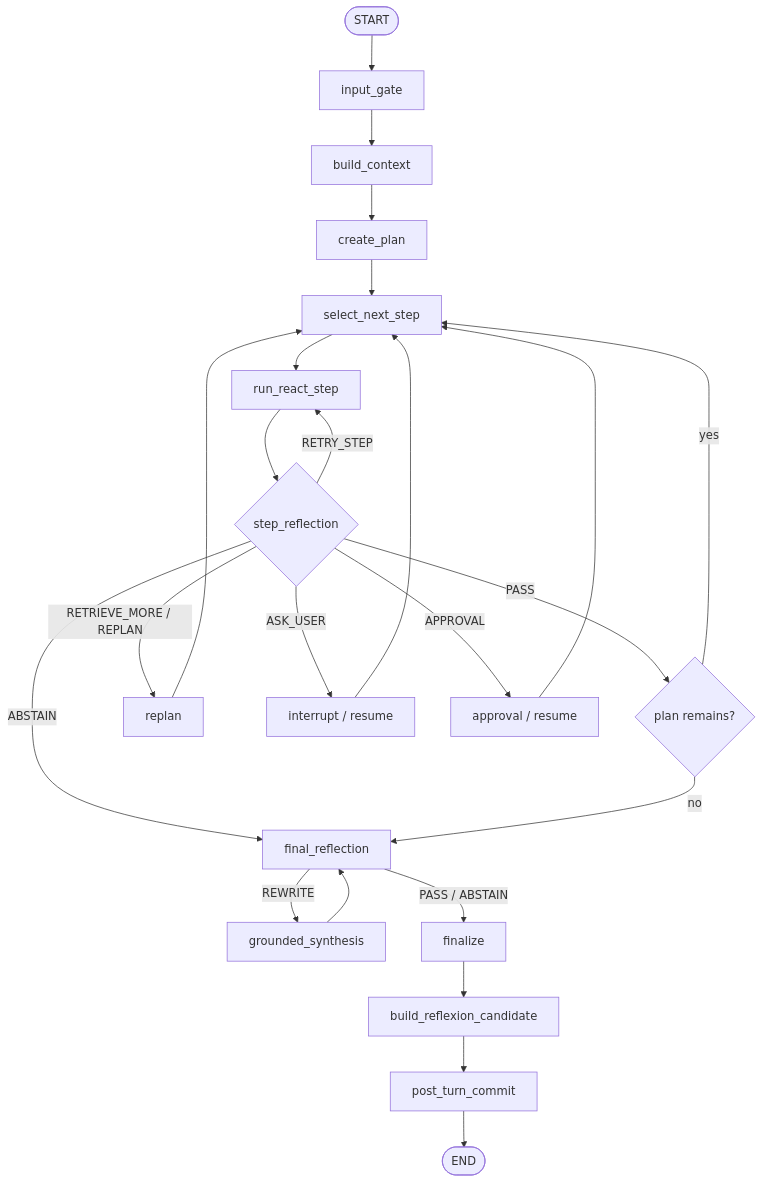
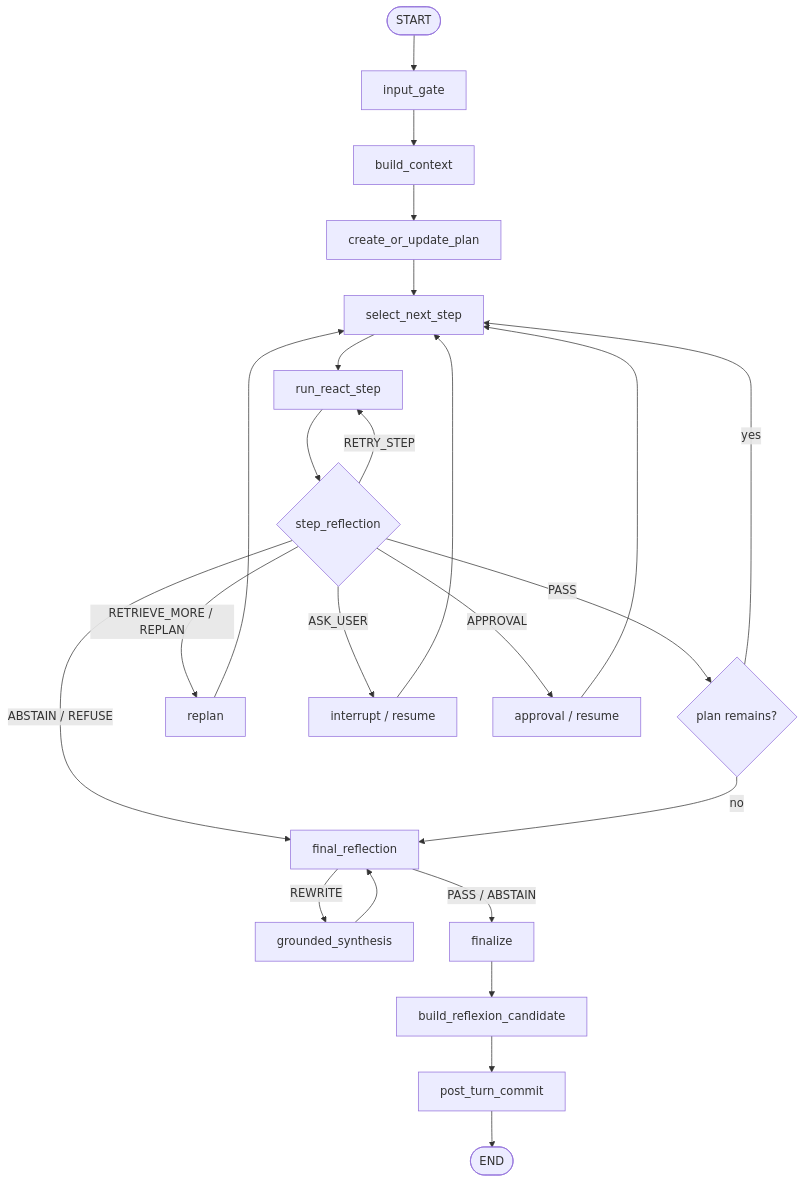
Before and after one commit to ProfessorZhi/Zuno: the second of 4 diagrams in docs/architecture/architecture.md, drawn with Mermaid. The commit also changed other lines of this file, not shown here.

Commit message:
Expand architecture into implementation-level program specification

````diff
--- a/docs/architecture/architecture.md
+++ b/docs/architecture/architecture.md
@@ -203,29 +402,29 @@
 ```mermaid
 flowchart TB
     Start([START]) --> Input[input_gate]
     Input --> Context[build_context]
-    Context --> Plan[create_plan]
+    Context --> Plan[create_or_update_plan]
     Plan --> Select[select_next_step]
     Select --> React[run_react_step]
     React --> Reflect{step_reflection}
 
     Reflect -->|PASS| More{plan remains?}
     Reflect -->|RETRY_STEP| React
     Reflect -->|RETRIEVE_MORE / REPLAN| Replan[replan]
     Reflect -->|ASK_USER| Interrupt[interrupt / resume]
     Reflect -->|APPROVAL| Approval[approval / resume]
-    Reflect -->|ABSTAIN| FinalReflect[final_reflection]
+    Reflect -->|ABSTAIN / REFUSE| FinalReflect[final_reflection]
 
     Replan --> Select
     Interrupt --> Select
     Approval --> Select
     More -->|yes| Select
     More -->|no| FinalReflect
 
     FinalReflect -->|REWRITE| Synthesis[grounded_synthesis]
     Synthesis --> FinalReflect
     FinalReflect -->|PASS / ABSTAIN| Finalize[finalize]
     Finalize --> Reflexion[build_reflexion_candidate]
     Reflexion --> Commit[post_turn_commit]
     Commit --> End([END])
 ```
````
